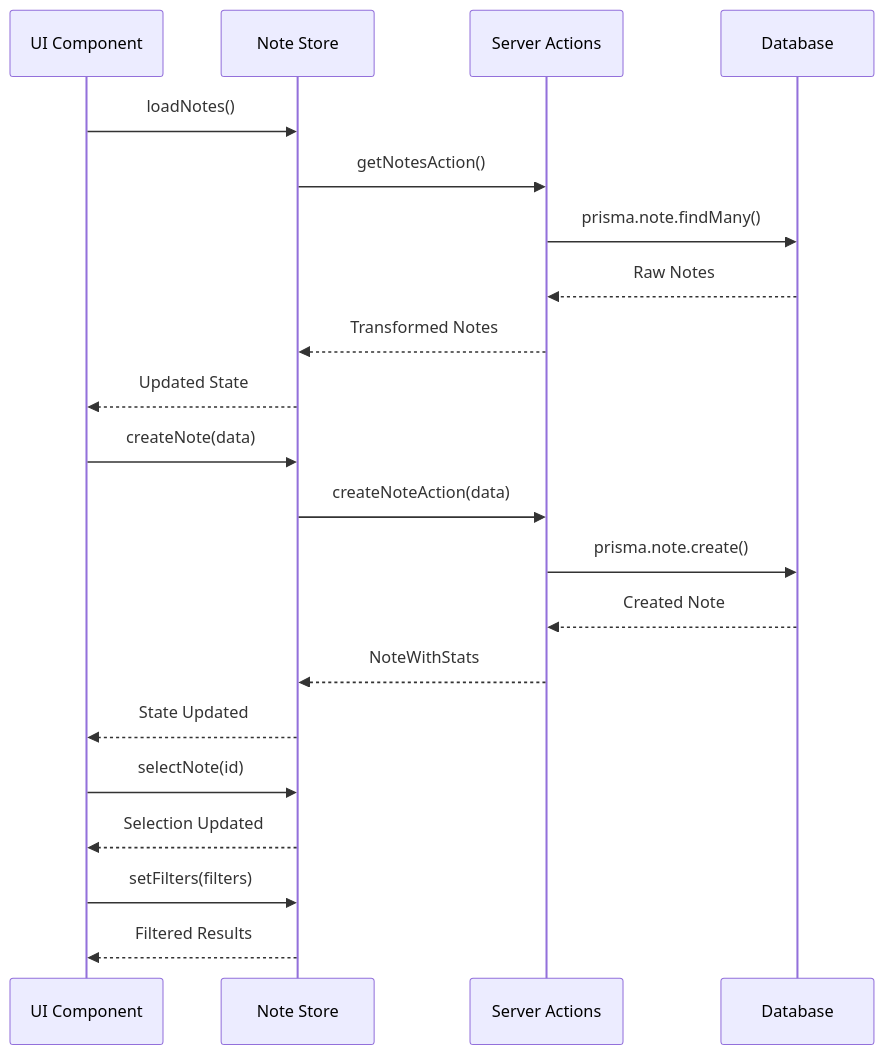
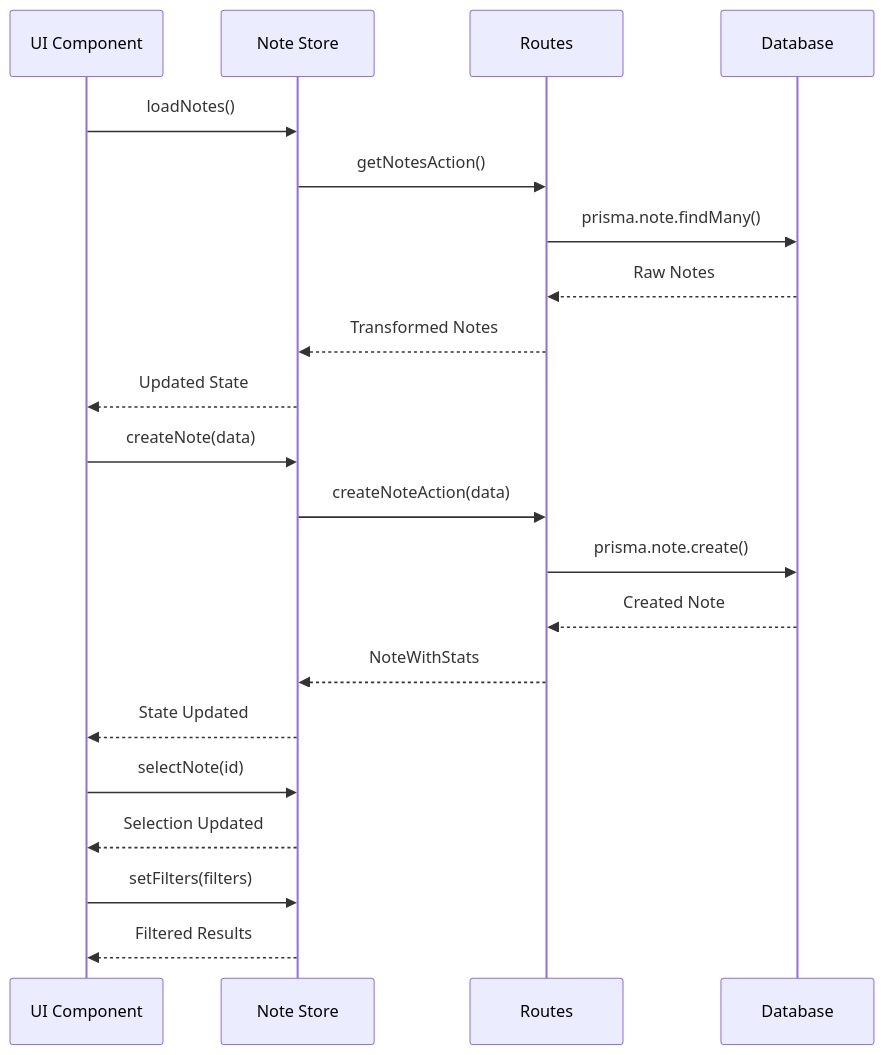
Before and after one commit to gvastethecreator/media-manager: the second of 3 diagrams in src/store/entities/note/README.md, drawn with Mermaid. The commit also changed other lines of this file and 98 other files, not shown here.

Commit message:
docs: initialize comprehensive architectural documentation and component-level README files across the repository.

````diff
--- a/src/store/entities/note/README.md
+++ b/src/store/entities/note/README.md
@@ -170,27 +172,27 @@
 ```mermaid
 sequenceDiagram
     participant UI as UI Component
     participant Store as Note Store
-    participant Actions as Server Actions
+    participant Actions as Routes
     participant DB as Database
 
     UI->>Store: loadNotes()
     Store->>Actions: getNotesAction()
     Actions->>DB: prisma.note.findMany()
     DB-->>Actions: Raw Notes
     Actions-->>Store: Transformed Notes
     Store-->>UI: Updated State
 
     UI->>Store: createNote(data)
     Store->>Actions: createNoteAction(data)
     Actions->>DB: prisma.note.create()
     DB-->>Actions: Created Note
     Actions-->>Store: NoteWithStats
     Store-->>UI: State Updated
 
     UI->>Store: selectNote(id)
     Store-->>UI: Selection Updated
 
     UI->>Store: setFilters(filters)
     Store-->>UI: Filtered Results
 ```
````
